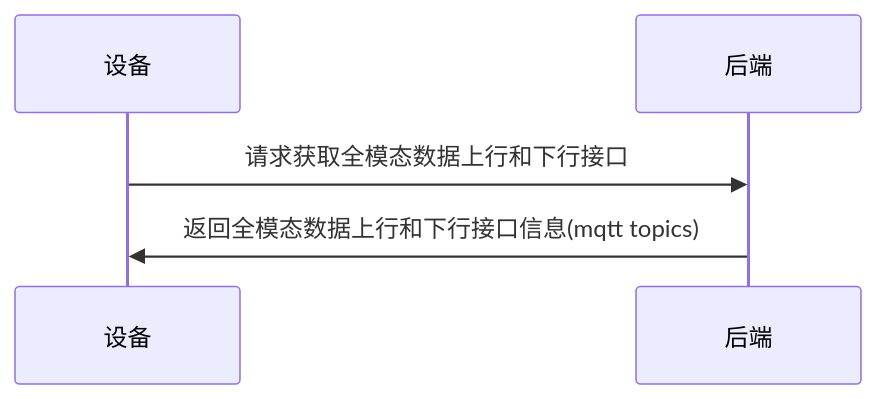
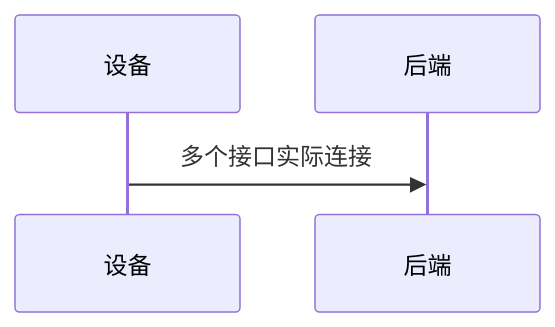
The third of 5 diagrams in projects/commercial/universal_api.md (shaojun/open_docs), drawn with Mermaid before and after one commit. The commit also changed other lines of this file, not shown here.

````diff
--- a/projects/commercial/universal_api.md
+++ b/projects/commercial/universal_api.md
@@ -60,7 +64,6 @@
 ```mermaid
 sequenceDiagram
     participant Device as 设备
     participant Backend as 后端
-    Device->>Backend: 请求获取全模态数据上行和下行接口
-    Backend->>Device: 返回全模态数据上行和下行接口信息(mqtt topics)
+    Device->>Backend: 多个接口实际连接
 ```
````
